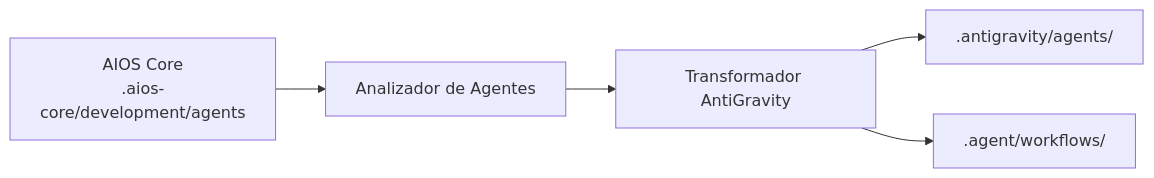
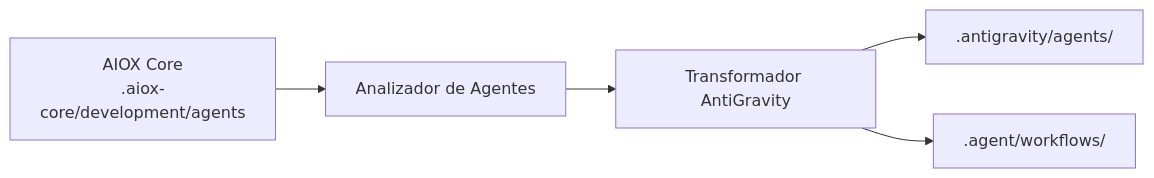
Before and after one commit to brunajunckes/aiox-core: the diagram in docs/es/platforms/antigravity.md, drawn with Mermaid. The commit also changed other lines of this file and 3446 other files, not shown here.

First line of the commit message:
chore: rebrand aios → aiox across entire codebase (#552)

````diff
--- a/docs/es/platforms/antigravity.md
+++ b/docs/es/platforms/antigravity.md
@@ -351,7 +351,7 @@
 ```mermaid
 flowchart LR
-    Source["AIOS Core<br/>.aios-core/development/agents"] --> Parser["Analizador de Agentes"]
+    Source["AIOX Core<br/>.aiox-core/development/agents"] --> Parser["Analizador de Agentes"]
     Parser --> Transform["Transformador AntiGravity"]
     Transform --> Agents[".antigravity/agents/"]
     Transform --> Workflows[".agent/workflows/"]
 ```
````
